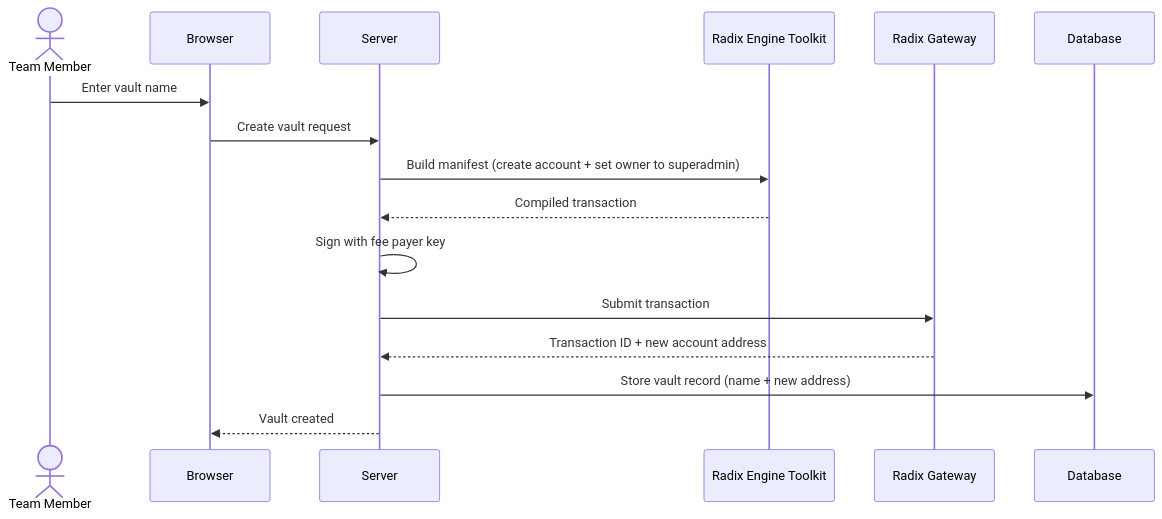
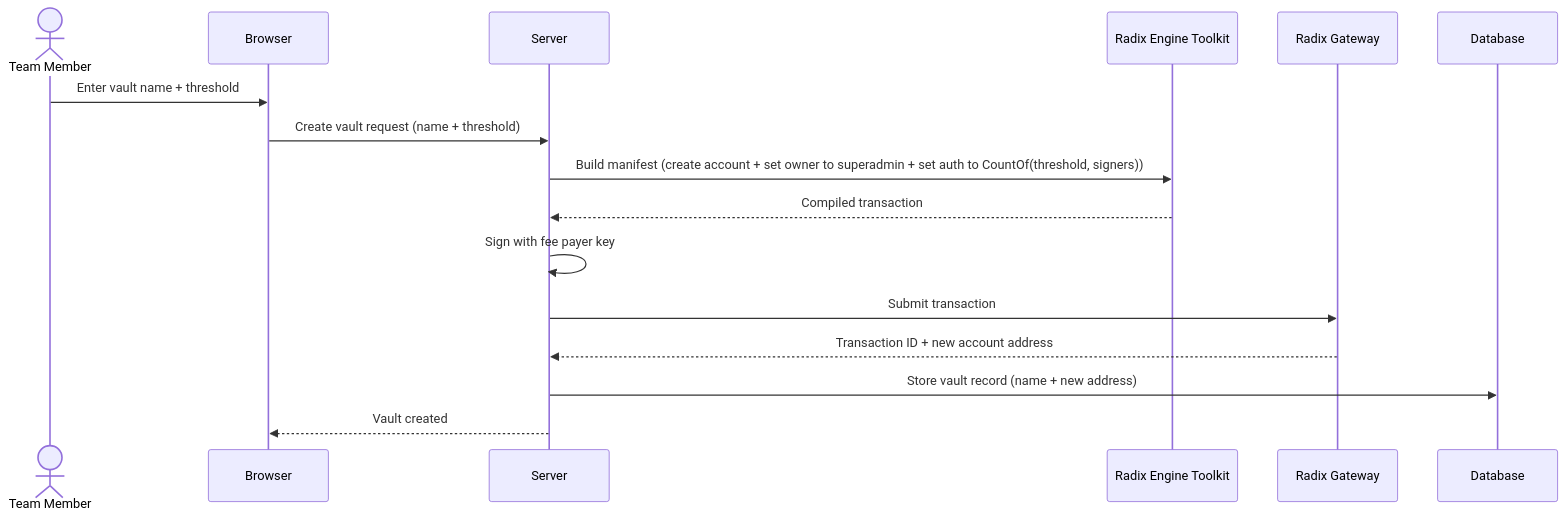
One commit to xstelea/radix-vaults changed the third of 8 diagrams in docs/PRODUCT_SCOPE.md. Above: the diagram before and after it, drawn with Mermaid. The commit also changed other lines of this file, not shown here.

Commit message:
Update product scope for per-vault threshold model

````diff
--- a/docs/PRODUCT_SCOPE.md
+++ b/docs/PRODUCT_SCOPE.md
@@ -169,19 +172,19 @@
 ```mermaid
 sequenceDiagram
     actor U as Team Member
     participant B as Browser
     participant S as Server
     participant RTK as Radix Engine Toolkit
     participant GW as Radix Gateway
     participant DB as Database
 
-    U->>B: Enter vault name
-    B->>S: Create vault request
-    S->>RTK: Build manifest (create account + set owner to superadmin)
+    U->>B: Enter vault name + threshold
+    B->>S: Create vault request (name + threshold)
+    S->>RTK: Build manifest (create account + set owner to superadmin + set auth to CountOf(threshold, signers))
     RTK-->>S: Compiled transaction
     S->>S: Sign with fee payer key
     S->>GW: Submit transaction
     GW-->>S: Transaction ID + new account address
     S->>DB: Store vault record (name + new address)
     S-->>B: Vault created
 ```
````
